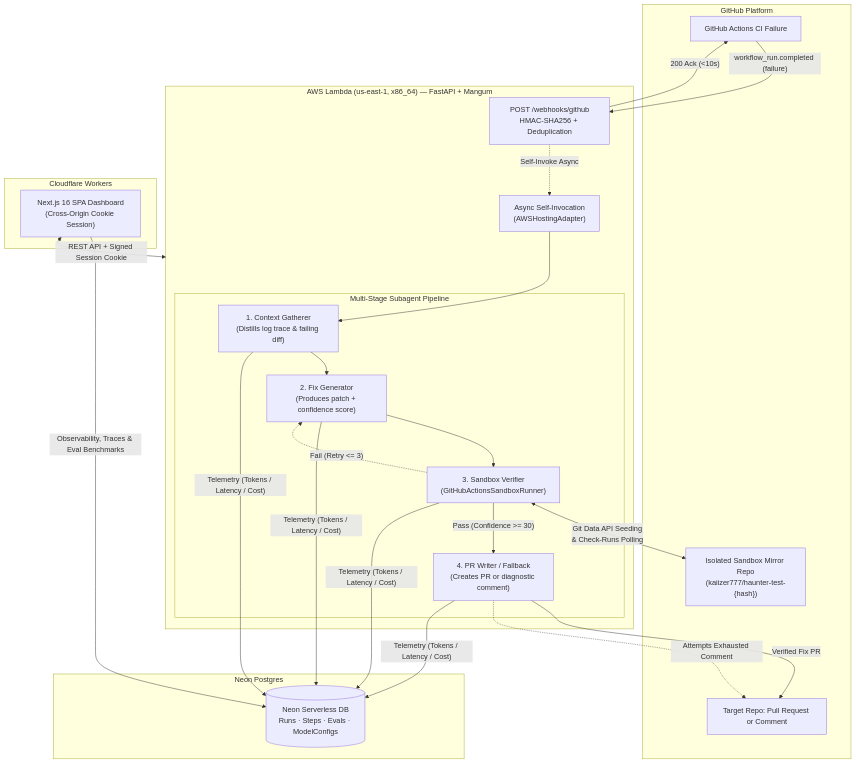
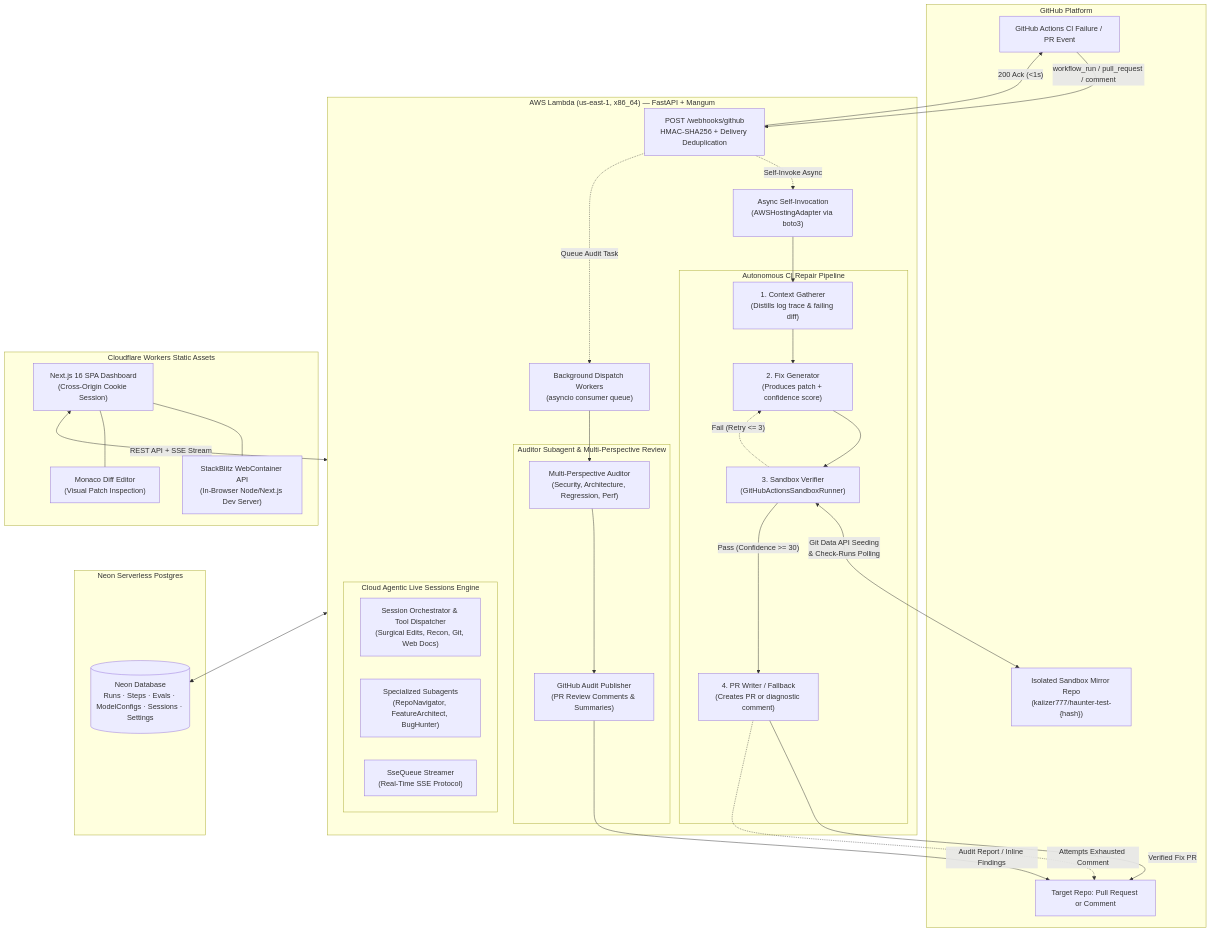
One commit to kaiizer777/Haunter changed the diagram in README.md. Above: the diagram before and after it, drawn with Mermaid. The commit also changed other lines of this file and 2 other files, not shown here.

Commit message:
docs: update README and HAUNTER specification with Auditor Mode, WebContainer preview, and Live Sessions

````diff
--- a/README.md
+++ b/README.md
@@ -27,44 +32,61 @@
 ```mermaid
 flowchart TD
     subgraph GitHub ["GitHub Platform"]
-        GHA["GitHub Actions CI Failure"]
+        GHA["GitHub Actions CI Failure / PR Event"]
         PR["Target Repo: Pull Request or Comment"]
         TestMirror["Isolated Sandbox Mirror Repo\n(kaiizer777/haunter-test-{hash})"]
     end
 
     subgraph Backend ["AWS Lambda (us-east-1, x86_64) — FastAPI + Mangum"]
-        Webhook["POST /webhooks/github\nHMAC-SHA256 + Deduplication"]
-        AsyncSelf["Async Self-Invocation\n(AWSHostingAdapter)"]
-        
-        subgraph Pipeline ["Multi-Stage Subagent Pipeline"]
+        Webhook["POST /webhooks/github\nHMAC-SHA256 + Delivery Deduplication"]
+        AsyncSelf["Async Self-Invocation\n(AWSHostingAdapter via boto3)"]
+        AuditWorkers["Background Dispatch Workers\n(asyncio consumer queue)"]
+
+        subgraph FixPipeline ["Autonomous CI Repair Pipeline"]
             CG["1. Context Gatherer\n(Distills log trace & failing diff)"]
             FG["2. Fix Generator\n(Produces patch + confidence score)"]
             SB["3. Sandbox Verifier\n(GitHubActionsSandboxRunner)"]
             PW["4. PR Writer / Fallback\n(Creates PR or diagnostic comment)"]
         end
+
+        subgraph AuditorBot ["Auditor Subagent & Multi-Perspective Review"]
+            Auditor["Multi-Perspective Auditor\n(Security, Architecture, Regression, Perf)"]
+            Publisher["GitHub Audit Publisher\n(PR Review Comments & Summaries)"]
+        end
+
+        subgraph LiveStudio ["Cloud Agentic Live Sessions Engine"]
+            SessOrch["Session Orchestrator & Tool Dispatcher\n(Surgical Edits, Recon, Git, Web Docs)"]
+            Subagents["Specialized Subagents\n(RepoNavigator, FeatureArchitect, BugHunter)"]
+            SSE["SseQueue Streamer\n(Real-Time SSE Protocol)"]
+        end
     end
 
-    subgraph Storage ["Neon Postgres"]
-        DB[(Neon Serverless DB\nRuns · Steps · Evals · ModelConfigs)]
+    subgraph Storage ["Neon Serverless Postgres"]
+        DB[(Neon Database\nRuns · Steps · Evals · ModelConfigs · Sessions · Settings)]
     end
 
-    subgraph FrontendApp ["Cloudflare Workers"]
+    subgraph FrontendApp ["Cloudflare Workers Static Assets"]
         Dashboard["Next.js 16 SPA Dashboard\n(Cross-Origin Cookie Session)"]
+        WebContainer["StackBlitz WebContainer API\n(In-Browser Node/Next.js Dev Server)"]
+        Monaco["Monaco Diff Editor\n(Visual Patch Inspection)"]
     end
 
-    GHA -->|"workflow_run.completed (failure)"| Webhook
-    Webhook -->|"200 Ack (<10s)"| GHA
+    GHA -->|"workflow_run / pull_request / comment"| Webhook
+    Webhook -->|"200 Ack (<1s)"| GHA
     Webhook -.->|"Self-Invoke Async"| AsyncSelf
-    AsyncSelf --> CG
-    CG --> FG
-    FG --> SB
+    Webhook -.->|"Queue Audit Task"| AuditWorkers
+
+    AsyncSelf --> CG --> FG --> SB
     SB <-->|"Git Data API Seeding\n& Check-Runs Polling"| TestMirror
     SB -->|"Pass (Confidence >= 30)"| PW
     SB -.->|"Fail (Retry <= 3)"| FG
     PW -->|"Verified Fix PR"| PR
     PW -.->|"Attempts Exhausted Comment"| PR
 
-    CG & FG & SB & PW -->|"Telemetry (Tokens / Latency / Cost)"| DB
-    Dashboard <-->|"REST API + Signed Session Cookie"| Backend
-    Dashboard -->|"Observability, Traces & Eval Benchmarks"| DB
+    AuditWorkers --> Auditor --> Publisher -->|"Audit Report / Inline Findings"| PR
+
+    Dashboard <-->|"REST API + SSE Stream"| Backend
+    Dashboard --- WebContainer
+    Dashboard --- Monaco
+    Backend <--> DB
 ```
````
